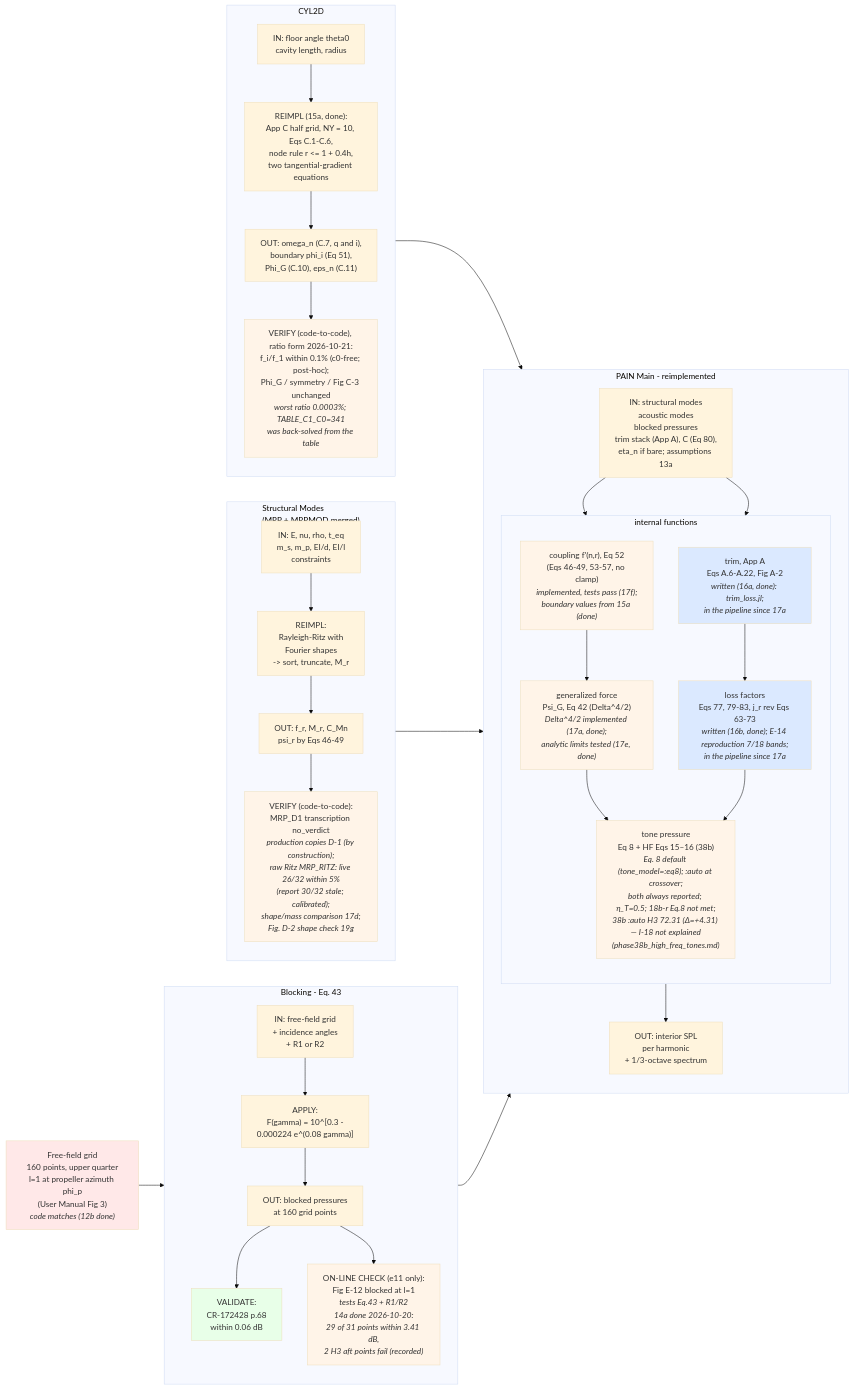
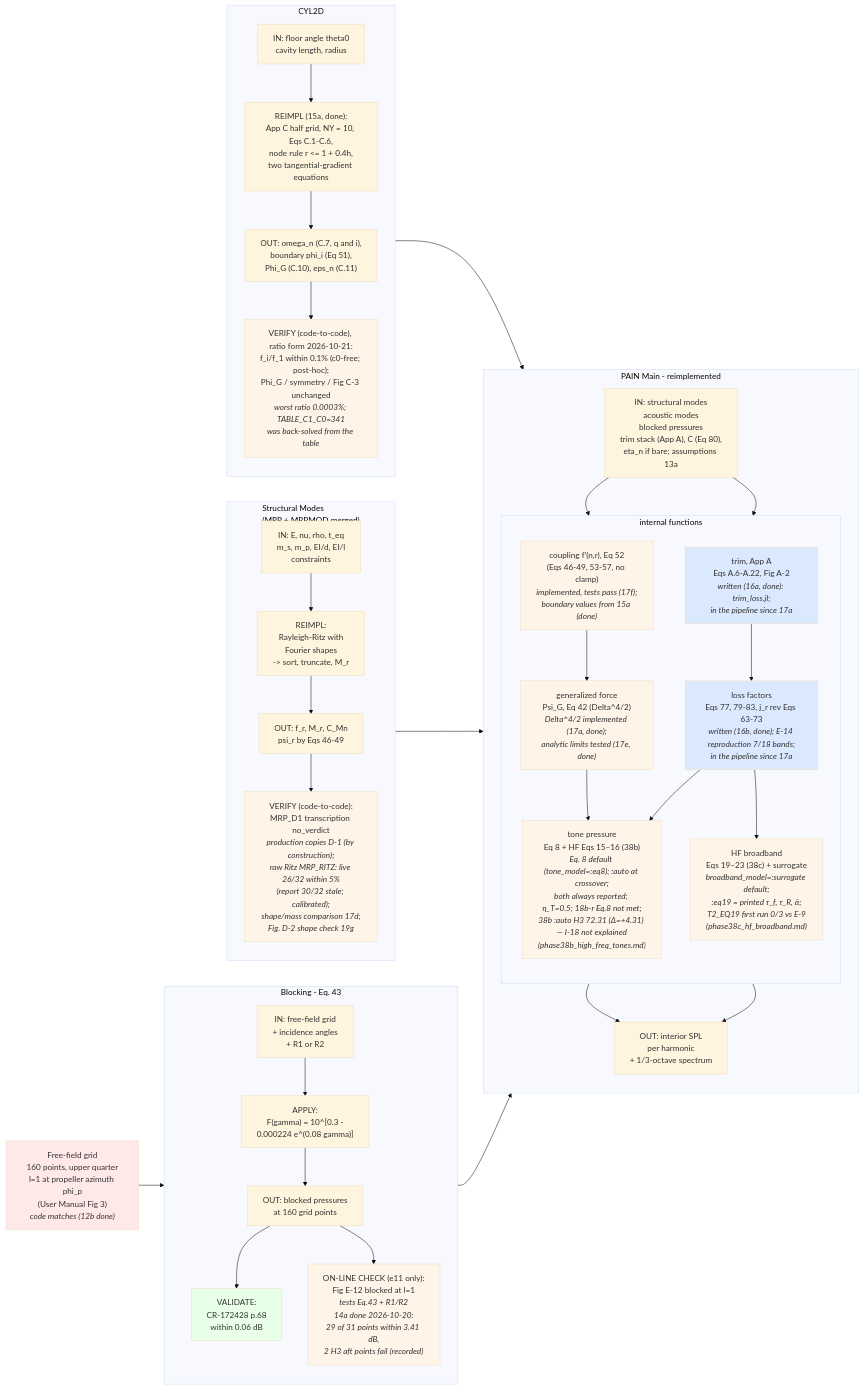
The fourth of 6 diagrams in rea-work/docs/flowchart.md (hoangf1/PAIN), drawn with Mermaid (base theme) before and after one commit. The commit also changed other lines of this file and 42 other files, not shown here.

Commit message:
38c: printed HF broadband Eqs. (19)-(23), T2_EQ19 case (first run: not met)

````diff
--- a/rea-work/docs/flowchart.md
+++ b/rea-work/docs/flowchart.md
@@ -154,66 +154,70 @@
 ```mermaid
 flowchart LR
     GRID["Free-field grid<br/>160 points, upper quarter<br/>l=1 at propeller azimuth phi_p<br/>(User Manual Fig 3)<br/><i>code matches (12b done)</i>"]
 
     subgraph BLK["Blocking - Eq. 43"]
         direction TB
         B_IN["IN: free-field grid<br/>+ incidence angles<br/>+ R1 or R2"]
         B_FUNC["APPLY:<br/>F(gamma) = 10^[0.3 -<br/>0.000224 e^(0.08 gamma)]"]
         B_OUT["OUT: blocked pressures<br/>at 160 grid points"]
         B_VAL["VALIDATE:<br/>CR-172428 p.68<br/>within 0.06 dB"]
         B_VAL2["ON-LINE CHECK (e11 only):<br/>Fig E-12 blocked at l=1<br/><i>tests Eq.43 + R1/R2<br/>14a done 2026-10-20:<br/>29 of 31 points within 3.41 dB,<br/>2 H3 aft points fail (recorded)</i>"]
         B_IN --> B_FUNC --> B_OUT --> B_VAL
         B_OUT --> B_VAL2
     end
 
     subgraph MRP["Structural Modes<br/>(MRP + MRPMOD merged)"]
         direction TB
         M_IN["IN: E, nu, rho, t_eq<br/>m_s, m_p, EI/d, EI/l<br/>constraints"]
         M_FUNC["REIMPL:<br/>Rayleigh-Ritz with<br/>Fourier shapes<br/>-> sort, truncate, M_r"]
         M_OUT["OUT: f_r, M_r, C_Mn<br/>psi_r by Eqs 46-49"]
         M_VAL["VERIFY (code-to-code):<br/>MRP_D1 transcription no_verdict<br/><i>production copies D-1 (by construction);<br/>raw Ritz MRP_RITZ: live 26/32 within 5%<br/>(report 30/32 stale; calibrated);<br/>shape/mass comparison 17d;<br/>Fig. D-2 shape check 19g</i>"]
         M_IN --> M_FUNC --> M_OUT --> M_VAL
     end
 
     subgraph CYL["CYL2D"]
         direction TB
         C_IN["IN: floor angle theta0<br/>cavity length, radius"]
         C_FUNC["REIMPL (15a, done):<br/>App C half grid, NY = 10, Eqs C.1-C.6,<br/>node rule r &lt;= 1 + 0.4h,<br/>two tangential-gradient equations"]
         C_OUT["OUT: omega_n (C.7, q and i),<br/>boundary phi_i (Eq 51),<br/>Phi_G (C.10), eps_n (C.11)"]
         C_VAL["VERIFY (code-to-code), ratio form 2026-10-21:<br/>f_i/f_1 within 0.1% (c0-free; post-hoc);<br/>Phi_G / symmetry / Fig C-3 unchanged<br/><i>worst ratio 0.0003%; TABLE_C1_C0=341<br/>was back-solved from the table</i>"]
         C_IN --> C_FUNC --> C_OUT --> C_VAL
     end
 
     subgraph PAIN["PAIN Main - reimplemented"]
         direction TB
         P_IN["IN: structural modes<br/>acoustic modes<br/>blocked pressures<br/>trim stack (App A), C (Eq 80),<br/>eta_n if bare; assumptions 13a"]
         subgraph FUNC["internal functions"]
             direction TB
             F2["coupling f'(n,r), Eq 52<br/>(Eqs 46-49, 53-57, no clamp)<br/><i>implemented, tests pass (17f);<br/>boundary values from 15a (done)</i>"]
             F3["generalized force<br/>Psi_G, Eq 42 (Delta^4/2)<br/><i>Delta^4/2 implemented (17a, done);<br/>analytic limits tested (17e, done)</i>"]
             F4["trim, App A<br/>Eqs A.6-A.22, Fig A-2<br/><i>written (16a, done): trim_loss.jl;<br/>in the pipeline since 17a</i>"]
             F5["loss factors<br/>Eqs 77, 79-83, j_r rev Eqs 63-73<br/><i>written (16b, done); E-14 reproduction 7/18 bands;<br/>in the pipeline since 17a</i>"]
             F6["tone pressure<br/>Eq 8 + HF Eqs 15–16 (38b)<br/><i>Eq. 8 default (tone_model=:eq8); :auto at crossover;<br/>both always reported; η_T=0.5; 18b-r Eq.8 not met;<br/>38b :auto H3 72.31 (Δ=+4.31) — I-18 not explained<br/>(phase38b_high_freq_tones.md)</i>"]
+            F7["HF broadband<br/>Eqs 19–23 (38c) + surrogate<br/><i>broadband_model=:surrogate default;<br/>:eq19 = printed τ_f, τ_R, ᾱ;<br/>T2_EQ19 first run 0/3 vs E-9<br/>(phase38c_hf_broadband.md)</i>"]
         end
         P_OUT["OUT: interior SPL<br/>per harmonic<br/>+ 1/3-octave spectrum"]
         P_IN --> F2 --> F3 --> F6
         P_IN --> F4 --> F5 --> F6
+        F5 --> F7
         F6 --> P_OUT
+        F7 --> P_OUT
     end
 
     GRID --> B_IN
     B_VAL --> P_IN
     C_VAL --> P_IN
     M_VAL --> P_IN
 
     style F2 fill:#fff4e8
     style F3 fill:#fff4e8
     style F4 fill:#dbe9ff
     style F5 fill:#dbe9ff
     style F6 fill:#fff4e8
+    style F7 fill:#fff4e8
     style B_VAL fill:#e8ffe8
     style B_VAL2 fill:#fff4e8
     style C_VAL fill:#fff4e8
     style M_VAL fill:#fff4e8
     style GRID fill:#ffe8e8
 ```
````
